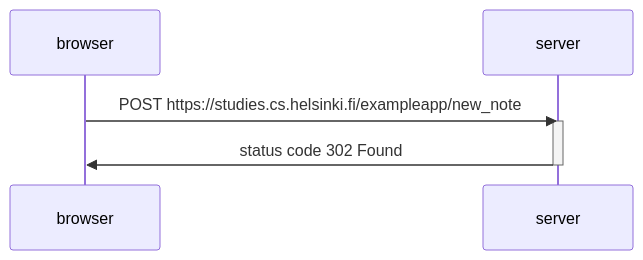
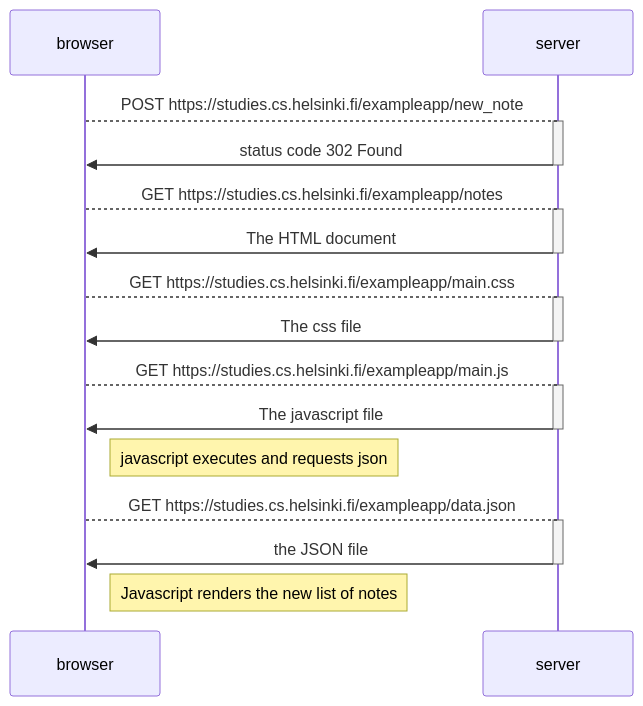
The diagram in Part0/0.4-New_note_diagram.md (hjulianpoveda/FullStackOpen), drawn with Mermaid before and after one commit.

Commit message:
fix:  sequence diagram updated

````diff
--- a/Part0/0.4-New_note_diagram.md
+++ b/Part0/0.4-New_note_diagram.md
@@ -1,10 +1,34 @@
 ```mermaid
 sequenceDiagram
   participant browser
   participant server
 
-  browser->>server: POST https://studies.cs.helsinki.fi/exampleapp/new_note
+  browser-->server: POST https://studies.cs.helsinki.fi/exampleapp/new_note
   activate server
   server->>browser: status code 302 Found
   deactivate server
+
+  browser-->server: GET https://studies.cs.helsinki.fi/exampleapp/notes
+  activate server
+  server->>browser: The HTML document
+  deactivate server
+
+  browser-->server: GET https://studies.cs.helsinki.fi/exampleapp/main.css
+  activate server
+  server ->> browser : The css file
+  deactivate server
+
+  browser-->server: GET https://studies.cs.helsinki.fi/exampleapp/main.js
+  activate server
+  server ->> browser : The javascript file
+  deactivate server
+
+  Note right of browser : javascript executes and requests json
+
+  browser-->server: GET https://studies.cs.helsinki.fi/exampleapp/data.json
+  activate server
+  server ->> browser : the JSON file
+  deactivate server
+
+  Note right of browser : Javascript renders the new list of notes
 ```
````
